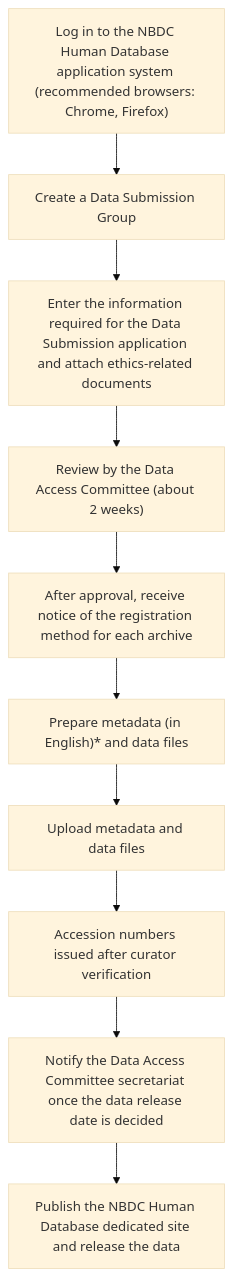
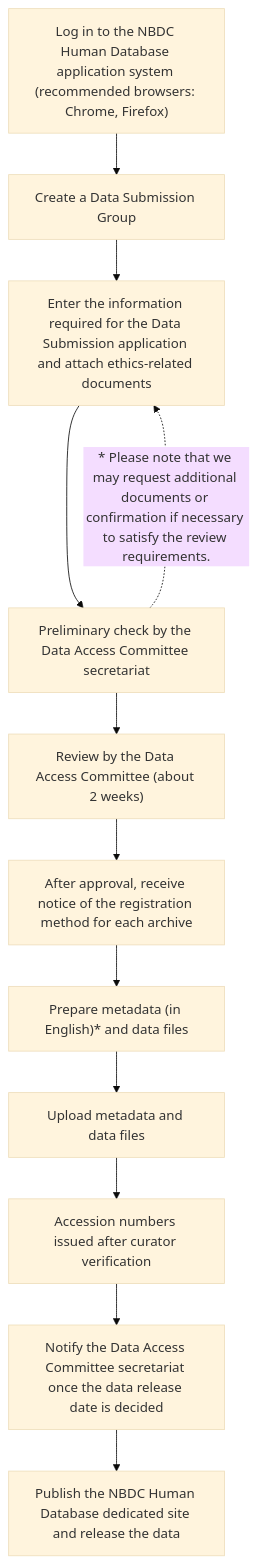
One commit to ddbj/db-portal changed the first of 2 diagrams in page-contents/humandbs/index.en.md. Above: the diagram before and after it, drawn with Mermaid (base theme). The commit also changed 1 other file, not shown here.

Commit message:
Add preliminary secretariat check step to the data submission flowchart, with a feedback loop for additional document requests

````diff
--- a/page-contents/humandbs/index.en.md
+++ b/page-contents/humandbs/index.en.md
@@ -80,14 +80,16 @@
 ```mermaid
 flowchart TD
   S1["Log in to the NBDC Human Database application system (recommended browsers: Chrome, Firefox)"]
   S2[Create a Data Submission Group]
   S3[Enter the information required for the Data Submission application and attach ethics-related documents]
-  S4["Review by the Data Access Committee (about 2 weeks)"]
-  S5[After approval, receive notice of the registration method for each archive]
-  S6["Prepare metadata (in English)* and data files"]
-  S7[Upload metadata and data files]
-  S8[Accession numbers issued after curator verification]
-  S9[Notify the Data Access Committee secretariat once the data release date is decided]
-  S10[Publish the NBDC Human Database dedicated site and release the data]
-  S1 --> S2 --> S3 --> S4 --> S5 --> S6 --> S7 --> S8 --> S9 --> S10
+  S4[Preliminary check by the Data Access Committee secretariat]
+  S5["Review by the Data Access Committee (about 2 weeks)"]
+  S6[After approval, receive notice of the registration method for each archive]
+  S7["Prepare metadata (in English)* and data files"]
+  S8[Upload metadata and data files]
+  S9[Accession numbers issued after curator verification]
+  S10[Notify the Data Access Committee secretariat once the data release date is decided]
+  S11[Publish the NBDC Human Database dedicated site and release the data]
+  S1 --> S2 --> S3 --> S4 --> S5 --> S6 --> S7 --> S8 --> S9 --> S10 --> S11
+  S4 -..->|"* Please note that we may request additional documents or confirmation if necessary to satisfy the review requirements."| S3
 ```
````
